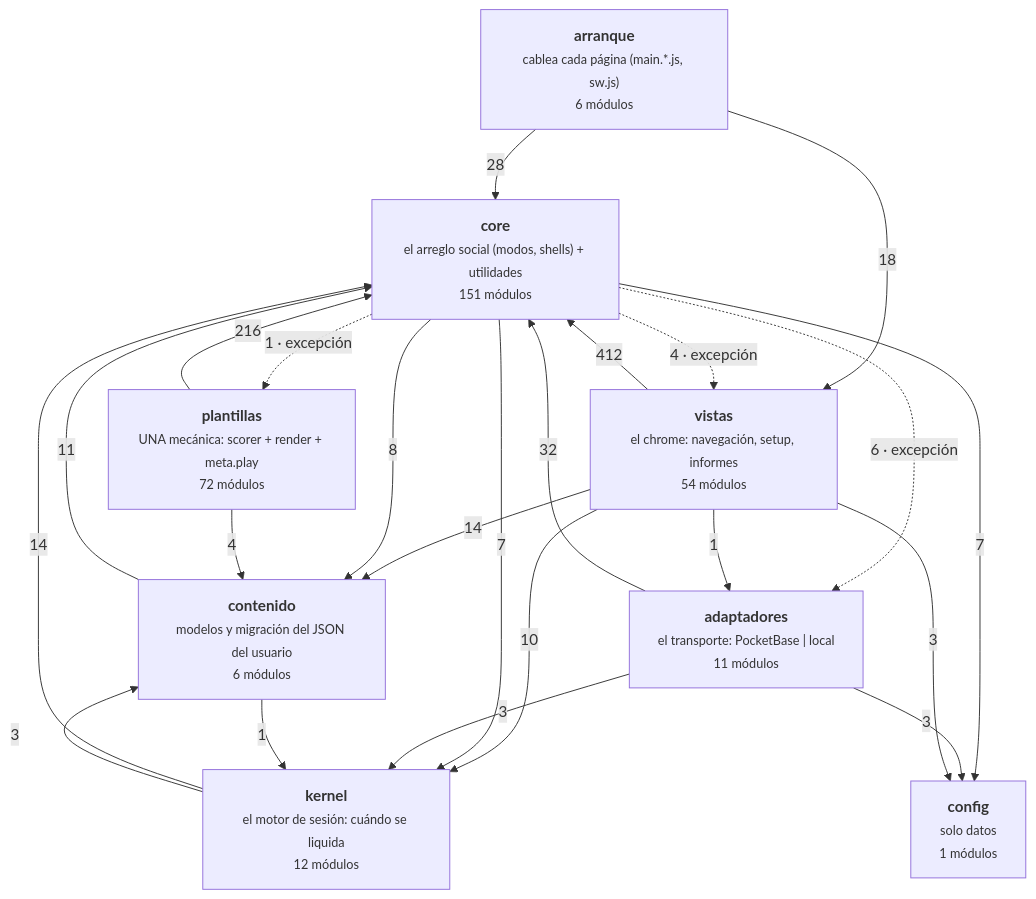
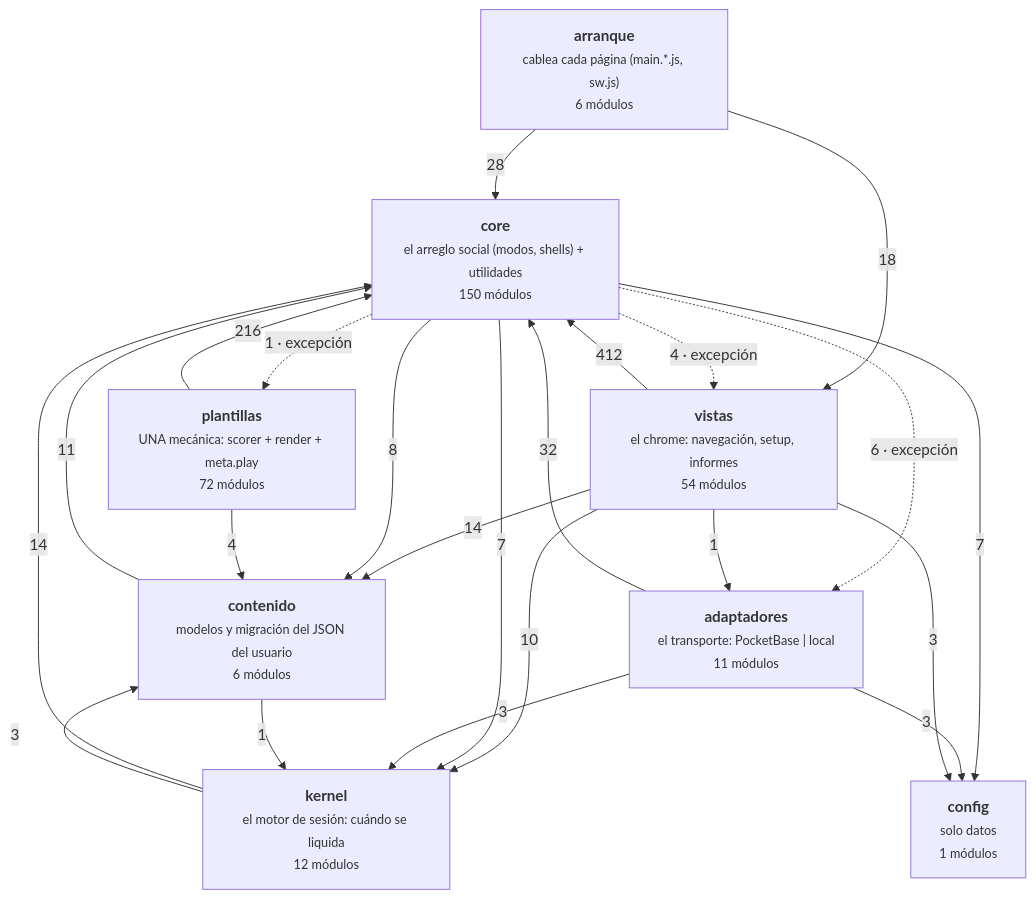
The diagram in docs/arquitectura-modulos.md (duecaz/ac), drawn with Mermaid before and after one commit. The commit also changed other lines of this file and 16 other files, not shown here.

````diff
--- a/docs/arquitectura-modulos.md
+++ b/docs/arquitectura-modulos.md
@@ -56,33 +56,33 @@
 ```mermaid
 graph TD
   A["<b>arranque</b><br/><small>cablea cada página (main.*.js, sw.js)</small><br/><small>6 módulos</small>"]
   V["<b>vistas</b><br/><small>el chrome: navegación, setup, informes</small><br/><small>54 módulos</small>"]
   AD["<b>adaptadores</b><br/><small>el transporte: PocketBase | local</small><br/><small>11 módulos</small>"]
-  C["<b>core</b><br/><small>el arreglo social (modos, shells) + utilidades</small><br/><small>151 módulos</small>"]
+  C["<b>core</b><br/><small>el arreglo social (modos, shells) + utilidades</small><br/><small>150 módulos</small>"]
   K["<b>kernel</b><br/><small>el motor de sesión: cuándo se liquida</small><br/><small>12 módulos</small>"]
   T["<b>plantillas</b><br/><small>UNA mecánica: scorer + render + meta.play</small><br/><small>72 módulos</small>"]
   CO["<b>contenido</b><br/><small>modelos y migración del JSON del usuario</small><br/><small>6 módulos</small>"]
   CF["<b>config</b><br/><small>solo datos</small><br/><small>1 módulos</small>"]
   V -->|412| C
   T -->|216| C
   AD -->|32| C
   A -->|28| C
   A -->|18| V
   K -->|14| C
   V -->|14| CO
   CO -->|11| C
   V -->|10| K
   C -->|8| CO
   C -->|7| K
   C -->|7| CF
   C -.->|6 · excepción| AD
   C -.->|4 · excepción| V
   T -->|4| CO
   AD -->|3| CF
   AD -->|3| K
   K -->|3| CO
   V -->|3| CF
   C -.->|1 · excepción| T
   CO -->|1| K
   V -->|1| AD
 ```
````
